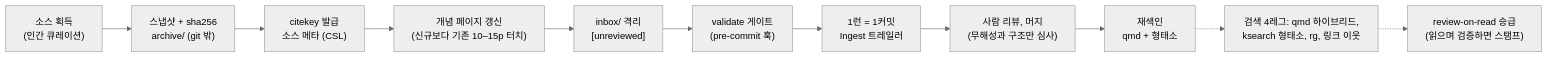
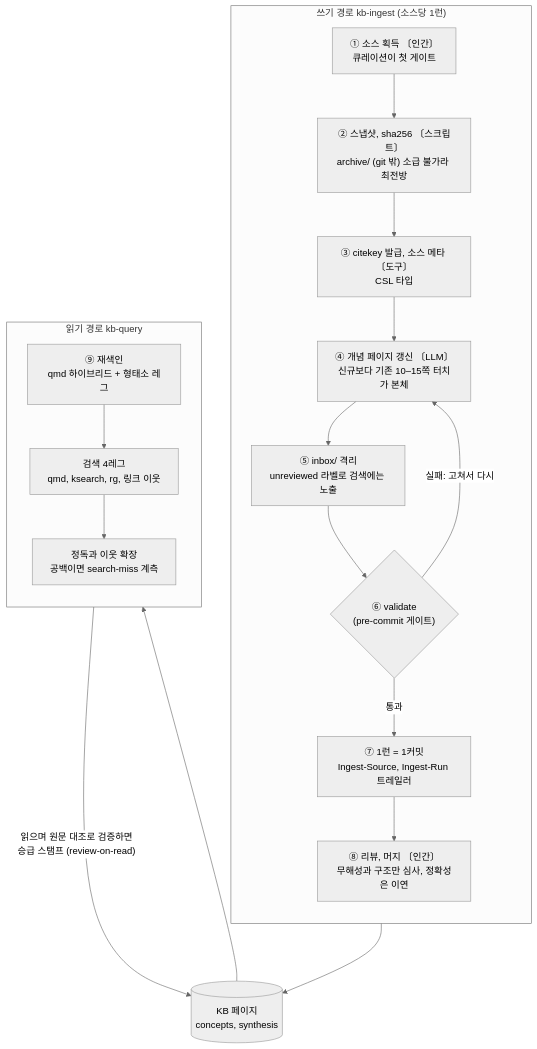
One commit to alteralab/syntopicon changed the second of 3 diagrams in README.md. Above: the diagram before and after it, drawn with Mermaid (neutral theme). The commit also changed other lines of this file, not shown here.

Commit message:
plan: 파이프라인 다이어그램 재설계 — 뱀 그림에서 구조 그림으로
일렬 9노드가 뭉개던 정보 셋을 복원: 단계별 주체(인간/스크립트/LLM —
PLAN §4.4 자체 표기), validate 실패 루프, 읽기가 쓰기로 되먹임되는
review-on-read 순환(전수 검수를 대체하는 이 시스템의 핵심).

````diff
--- a/README.md
+++ b/README.md
@@ -40,14 +40,32 @@
 ```mermaid
-flowchart LR
-    A["소스 획득<br/>(인간 큐레이션)"] --> B["스냅샷 + sha256<br/>archive/ (git 밖)"]
-    B --> C["citekey 발급<br/>소스 메타 (CSL)"]
-    C --> D["개념 페이지 갱신<br/>(신규보다 기존 10–15p 터치)"]
-    D --> E["inbox/ 격리<br/>[unreviewed]"]
-    E --> F["validate 게이트<br/>(pre-commit 훅)"]
-    F --> G["1런 = 1커밋<br/>Ingest 트레일러"]
-    G --> H["사람 리뷰, 머지<br/>(무해성과 구조만 심사)"]
-    H --> I["재색인<br/>qmd + 형태소"]
+flowchart TB
+    subgraph WRITE["쓰기 경로 kb-ingest (소스당 1런)"]
+        direction TB
+        A["① 소스 획득 〔인간〕<br/>큐레이션이 첫 게이트"]
+        B["② 스냅샷, sha256 〔스크립트〕<br/>archive/ (git 밖) 소급 불가라 최전방"]
+        C["③ citekey 발급, 소스 메타 〔도구〕<br/>CSL 타입"]
+        D["④ 개념 페이지 갱신 〔LLM〕<br/>신규보다 기존 10–15쪽 터치가 본체"]
+        E["⑤ inbox/ 격리<br/>unreviewed 라벨로 검색에는 노출"]
+        F{"⑥ validate<br/>(pre-commit 게이트)"}
+        G["⑦ 1런 = 1커밋<br/>Ingest-Source, Ingest-Run 트레일러"]
+        H["⑧ 리뷰, 머지 〔인간〕<br/>무해성과 구조만 심사, 정확성은 이연"]
 
-    I -.-> Q["검색 4레그: qmd 하이브리드,<br/>ksearch 형태소, rg, 링크 이웃"]
-    Q -.-> R["review-on-read 승급<br/>(읽으며 검증하면 스탬프)"]
+        A --> B --> C --> D --> E --> F
+        F -- "실패: 고쳐서 다시" --> D
+        F -- "통과" --> G --> H
+    end
+
+    KB[("KB 페이지<br/>concepts, synthesis")]
+
+    subgraph READ["읽기 경로 kb-query"]
+        direction TB
+        I["⑨ 재색인<br/>qmd 하이브리드 + 형태소 레그"]
+        Q["검색 4레그<br/>qmd, ksearch, rg, 링크 이웃"]
+        V["정독과 이웃 확장<br/>공백이면 search-miss 계측"]
+        I --> Q --> V
+    end
+
+    H --> KB
+    KB --> I
+    V -- "읽으며 원문 대조로 검증하면<br/>승급 스탬프 (review-on-read)" --> KB
 ```
````
